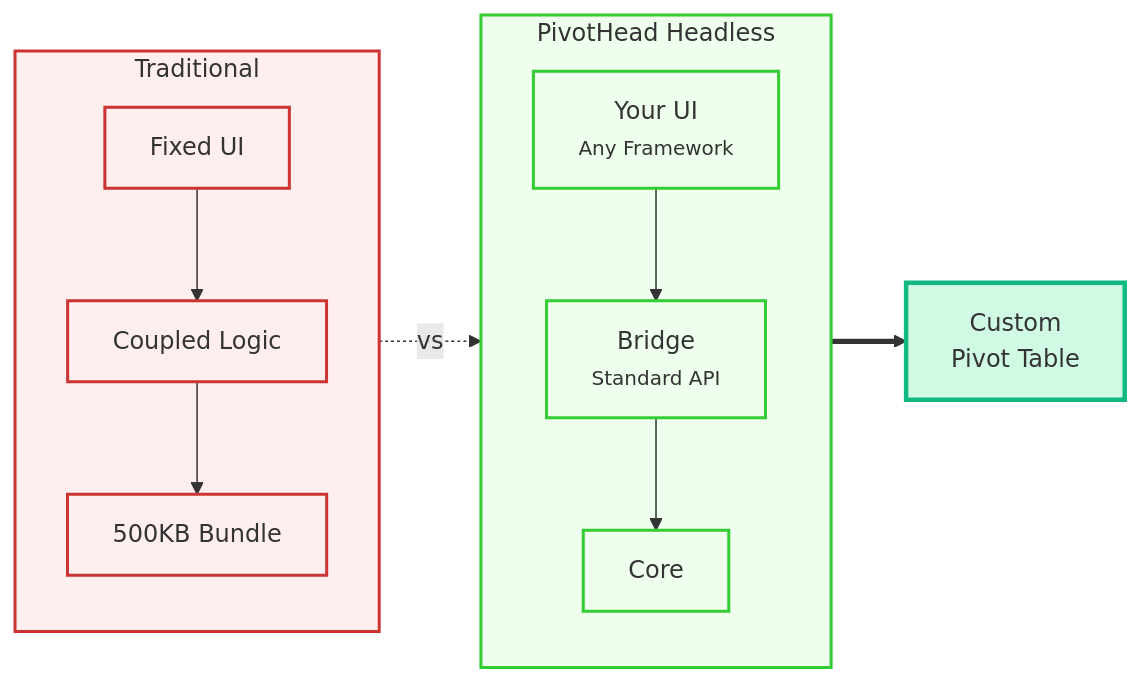
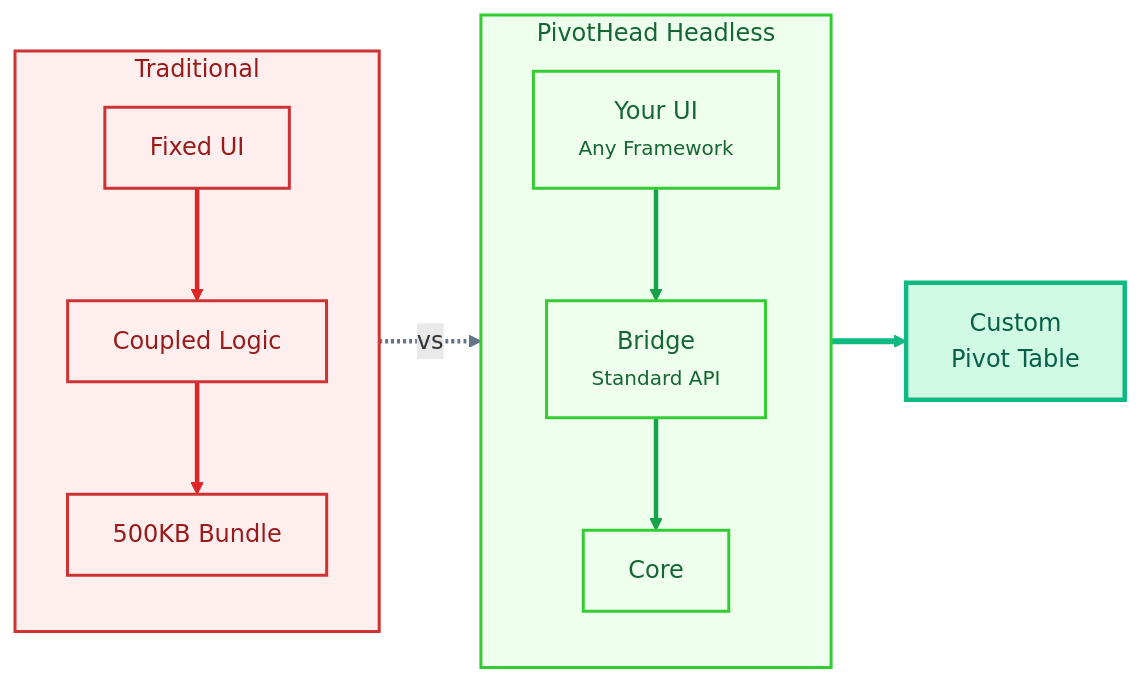
One commit to mindfiredigital/PivotHead changed the diagram in documentation/docs/headless-architecture.md. Above: the diagram before and after it, drawn with Mermaid. The commit also changed 10 other files, not shown here.

````diff
--- a/documentation/docs/headless-architecture.md
+++ b/documentation/docs/headless-architecture.md
@@ -17,35 +17,41 @@
 ```mermaid
 flowchart LR
     %% Traditional
     subgraph Trad["Traditional"]
         direction TB
         T1[" Fixed UI"]
         T2[" Coupled Logic"]
         T3["500KB Bundle"]
         T1 --> T2 --> T3
     end
 
     Trad -.->|"vs"| Head
 
     %% Headless
     subgraph Head[" PivotHead Headless"]
         direction TB
         H1[" Your UI<br/><small>Any Framework</small>"]
         H2["Bridge<br/><small>Standard API</small>"]
         H3[" Core<br/><small></small>"]
         H1 --> H2 --> H3
     end
 
     Head ==> Out[" Custom<br/>Pivot Table"]
 
     %% Styling
-    classDef bad fill:#fee,stroke:#c33,stroke-width:2px
-    classDef good fill:#efe,stroke:#3c3,stroke-width:2px
-    classDef output fill:#d1fae5,stroke:#10b981,stroke-width:3px
+    classDef bad fill:#fee,stroke:#c33,stroke-width:2px,color:#991b1b
+    classDef good fill:#efe,stroke:#3c3,stroke-width:2px,color:#166534
+    classDef output fill:#d1fae5,stroke:#10b981,stroke-width:3px,color:#065f46
 
     class Trad,T1,T2,T3 bad
     class Head,H1,H2,H3 good
     class Out output
 
+    %% Arrow styling for better visibility in dark mode
+    linkStyle 0,1 stroke:#dc2626,stroke-width:3px
+    linkStyle 2 stroke:#64748b,stroke-width:3px
+    linkStyle 3,4 stroke:#16a34a,stroke-width:3px
+    linkStyle 5 stroke:#10b981,stroke-width:4px
+
 
 ```
````
